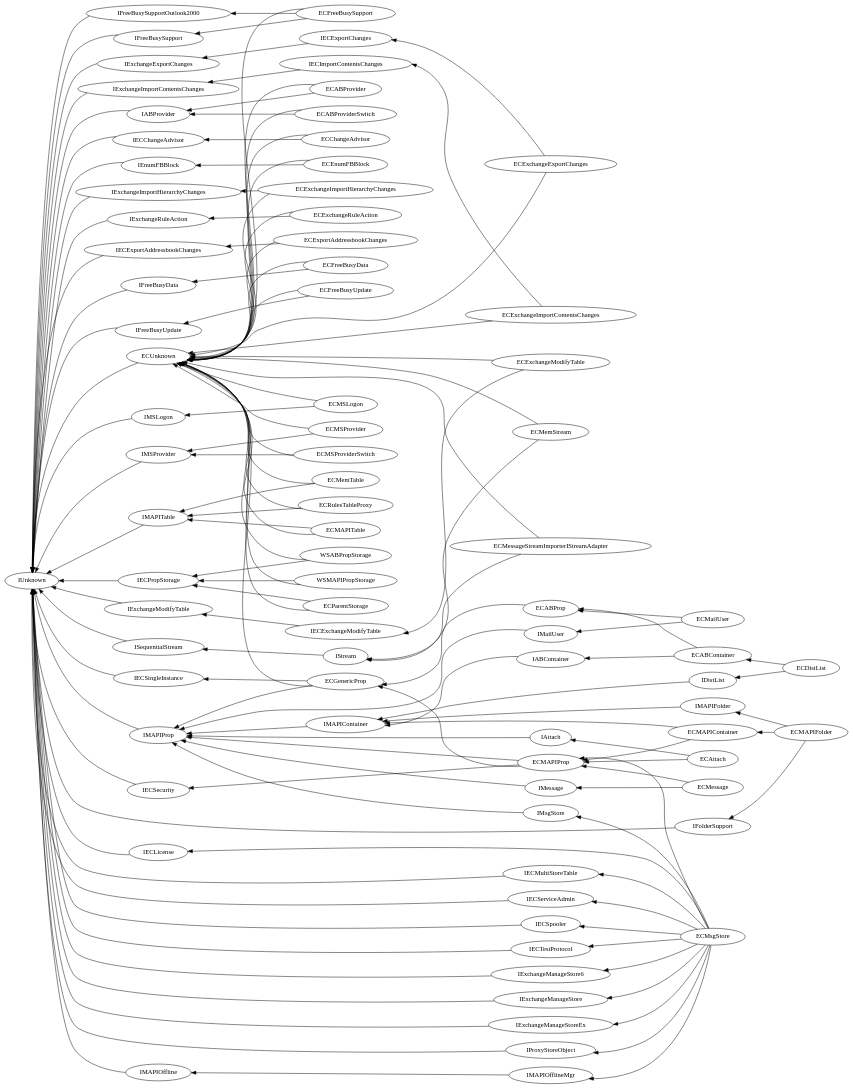
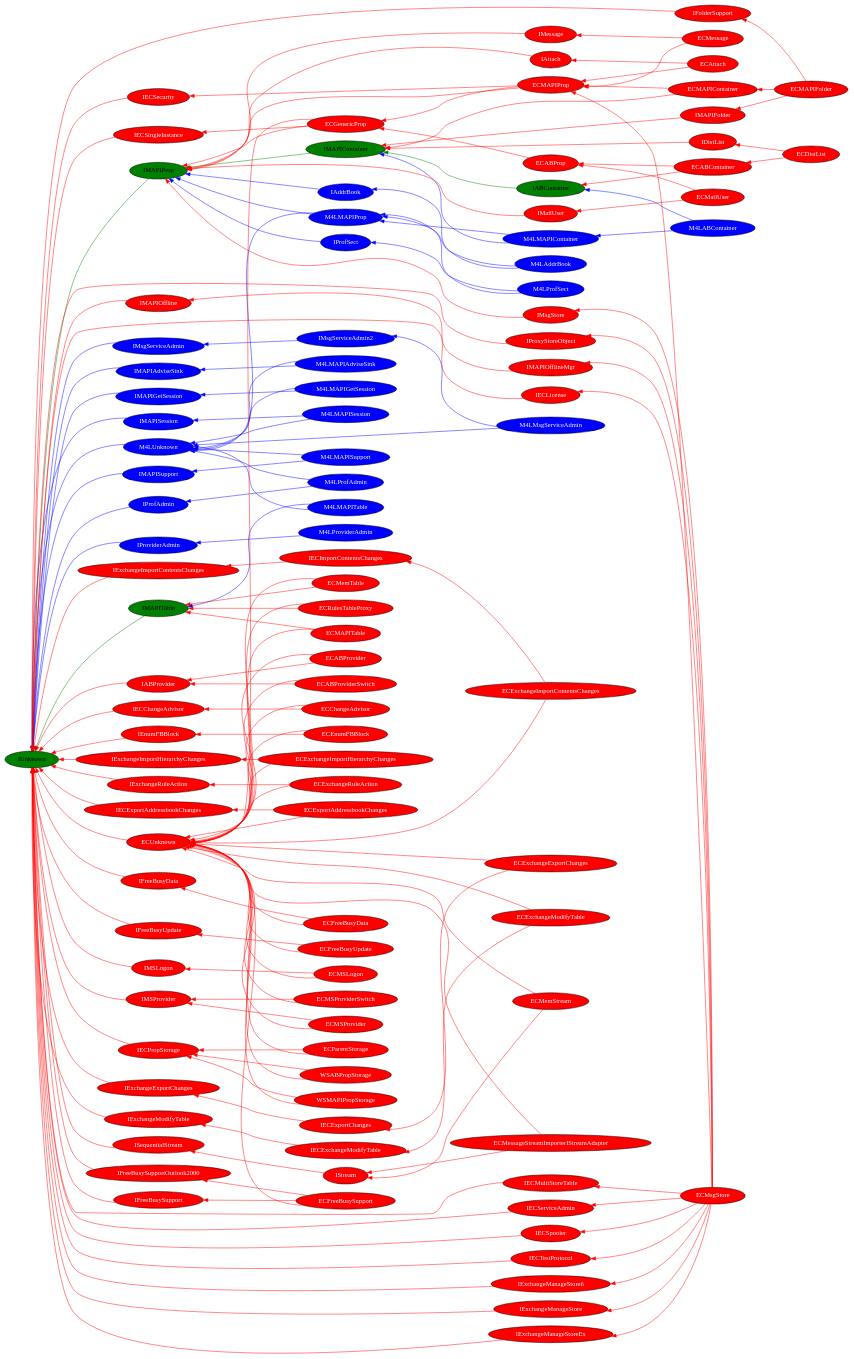
One commit to Kopano-dev/kopano-core changed the diagram in doc/classes.gv. Above: the diagram before and after it, drawn with Graphviz.

Commit message:
doc: add class hierarchy overview for mapi4linux/
Conclusion: there are no triangle inheritances in M4L.

References: KC-672

```diff
--- a/doc/classes.gv
+++ b/doc/classes.gv
@@ -1,133 +1,178 @@
 /* Interface classes used in provider/client/ */
 digraph {
 	rankdir=RL;
+	node [style=filled,fillcolor=green];
+	edge [color="#008000"];
+	IABContainer -> IMAPIContainer;
+	IMAPIContainer -> IMAPIProp;
+	IMAPIProp -> IUnknown;
+	IMAPITable -> IUnknown;
+	IUnknown;
+
+	node [fillcolor=blue,fontcolor=white];
+	edge [color=blue];
+	IAddrBook -> IMAPIProp;
+	IMAPIAdviseSink -> IUnknown;
+	IMAPIGetSession -> IUnknown;
+	IMAPISession -> IUnknown;
+	IMAPISupport -> IUnknown;
+	IMsgServiceAdmin -> IUnknown;
+	IMsgServiceAdmin2 -> IMsgServiceAdmin;
+	IProfAdmin -> IUnknown;
+	IProfSect -> IMAPIProp;
+	IProviderAdmin -> IUnknown;
+	M4LABContainer -> IABContainer;
+	M4LABContainer -> M4LMAPIContainer;
+	M4LAddrBook -> IAddrBook;
+	M4LAddrBook -> M4LMAPIProp;
+	M4LMAPIAdviseSink -> IMAPIAdviseSink;
+	M4LMAPIAdviseSink -> M4LUnknown;
+	M4LMAPIContainer -> IMAPIContainer;
+	M4LMAPIContainer -> M4LMAPIProp;
+	M4LMAPIGetSession -> IMAPIGetSession;
+	M4LMAPIGetSession -> M4LUnknown;
+	M4LMAPIProp -> IMAPIProp;
+	M4LMAPIProp -> M4LUnknown;
+	M4LMAPISession -> IMAPISession;
+	M4LMAPISession -> M4LUnknown;
+	M4LMAPISupport -> IMAPISupport;
+	M4LMAPISupport -> M4LUnknown;
+	M4LMAPITable -> IMAPITable;
+	M4LMAPITable -> M4LUnknown;
+	M4LMsgServiceAdmin -> IMsgServiceAdmin2;
+	M4LMsgServiceAdmin -> M4LUnknown;
+	M4LProfAdmin -> IProfAdmin;
+	M4LProfAdmin -> M4LUnknown;
+	M4LProfSect -> IProfSect;
+	M4LProfSect -> M4LMAPIProp;
+	M4LProviderAdmin -> IProviderAdmin;
+	M4LUnknown -> IUnknown;
+
+	node [fillcolor=red,fontcolor=white];
+	edge [color=red];
 	ECABContainer -> ECABProp;
 	ECABContainer -> IABContainer;
 	ECABProp -> ECGenericProp;
 	ECABProvider -> ECUnknown;
 	ECABProvider -> IABProvider;
 	ECABProviderSwitch -> ECUnknown;
 	ECABProviderSwitch -> IABProvider;
 	ECAttach -> ECMAPIProp;
 	ECAttach -> IAttach;
 	ECChangeAdvisor -> ECUnknown;
 	ECChangeAdvisor -> IECChangeAdvisor;
 	ECDistList -> ECABContainer;
 	ECDistList -> IDistList;
 	ECEnumFBBlock -> ECUnknown;
 	ECEnumFBBlock -> IEnumFBBlock;
 	ECExchangeExportChanges -> ECUnknown;
 	ECExchangeExportChanges -> IECExportChanges;
 	ECExchangeImportContentsChanges -> ECUnknown;
 	ECExchangeImportContentsChanges -> IECImportContentsChanges;
 	ECExchangeImportHierarchyChanges -> ECUnknown;
 	ECExchangeImportHierarchyChanges -> IExchangeImportHierarchyChanges;
 	ECExchangeModifyTable -> ECUnknown;
 	ECExchangeModifyTable -> IECExchangeModifyTable;
 	ECExchangeRuleAction -> ECUnknown;
 	ECExchangeRuleAction -> IExchangeRuleAction;
 	ECExportAddressbookChanges -> ECUnknown;
 	ECExportAddressbookChanges -> IECExportAddressbookChanges;
 	ECFreeBusyData -> ECUnknown;
 	ECFreeBusyData -> IFreeBusyData;
 	ECFreeBusySupport -> ECUnknown;
 	ECFreeBusySupport -> IFreeBusySupport;
 	ECFreeBusySupport -> IFreeBusySupportOutlook2000;
 	ECFreeBusyUpdate -> ECUnknown;
 	ECFreeBusyUpdate -> IFreeBusyUpdate;
 	ECGenericProp -> ECUnknown;
 	ECGenericProp -> IECSingleInstance;
 	ECGenericProp -> IMAPIProp;
 	ECMAPIContainer -> ECMAPIProp;
 	ECMAPIContainer -> IMAPIContainer;
 	ECMAPIFolder -> ECMAPIContainer;
 	ECMAPIFolder -> IFolderSupport;
 	ECMAPIFolder -> IMAPIFolder;
 	ECMAPIProp -> ECGenericProp;
 	ECMAPIProp -> IECSecurity;
 	ECMAPIProp -> IMAPIProp;
 	ECMAPITable -> ECUnknown;
 	ECMAPITable -> IMAPITable;
 	ECMSLogon -> ECUnknown;
 	ECMSLogon -> IMSLogon;
 	ECMSProvider -> ECUnknown;
 	ECMSProvider -> IMSProvider;
 	ECMSProviderSwitch -> ECUnknown;
 	ECMSProviderSwitch -> IMSProvider;
 	ECMailUser -> ECABProp;
 	ECMailUser -> IMailUser;
 	ECMemStream -> ECUnknown;
 	ECMemStream -> IStream;
 	ECMemTable -> ECUnknown;
 	ECMemTable -> IMAPITable;
 	ECMessage -> ECMAPIProp;
 	ECMessage -> IMessage;
 	ECMessageStreamImporterIStreamAdapter -> ECUnknown;
 	ECMessageStreamImporterIStreamAdapter -> IStream;
 	ECMsgStore -> ECMAPIProp;
 	ECMsgStore -> IECLicense;
 	ECMsgStore -> IECMultiStoreTable;
 	ECMsgStore -> IECServiceAdmin;
 	ECMsgStore -> IECSpooler;
 	ECMsgStore -> IECTestProtocol;
 	ECMsgStore -> IExchangeManageStore6;
 	ECMsgStore -> IExchangeManageStore;
 	ECMsgStore -> IExchangeManageStoreEx;
 	ECMsgStore -> IMAPIOfflineMgr;
 	ECMsgStore -> IMsgStore;
 	ECMsgStore -> IProxyStoreObject;
 	ECParentStorage -> ECUnknown;
 	ECParentStorage -> IECPropStorage;
 	ECRulesTableProxy -> ECUnknown;
 	ECRulesTableProxy -> IMAPITable;
 	ECUnknown -> IUnknown;
-	IABContainer -> IMAPIContainer;
 	IABProvider -> IUnknown;
 	IAttach -> IMAPIProp;
 	IDistList -> IMAPIContainer;
 	IECChangeAdvisor -> IUnknown;
 	IECExchangeModifyTable -> IExchangeModifyTable;
 	IECExportAddressbookChanges -> IUnknown;
 	IECExportChanges -> IExchangeExportChanges;
 	IECImportContentsChanges -> IExchangeImportContentsChanges;
 	IECLicense -> IUnknown;
 	IECMultiStoreTable -> IUnknown;
 	IECPropStorage -> IUnknown;
 	IECSecurity -> IUnknown;
 	IECServiceAdmin -> IUnknown;
 	IECSingleInstance -> IUnknown;
 	IECSpooler -> IUnknown;
 	IECTestProtocol -> IUnknown;
 	IEnumFBBlock -> IUnknown;
 	IExchangeExportChanges -> IUnknown;
 	IExchangeImportContentsChanges -> IUnknown;
 	IExchangeImportHierarchyChanges -> IUnknown;
 	IExchangeManageStore -> IUnknown;
 	IExchangeManageStore6 -> IUnknown;
 	IExchangeManageStoreEx -> IUnknown;
 	IExchangeModifyTable -> IUnknown;
 	IExchangeRuleAction -> IUnknown;
 	IFolderSupport -> IUnknown;
 	IFreeBusyData -> IUnknown;
 	IFreeBusySupport -> IUnknown;
 	IFreeBusySupportOutlook2000 -> IUnknown;
 	IFreeBusyUpdate -> IUnknown;
-	IMAPIContainer -> IMAPIProp;
 	IMAPIFolder -> IMAPIContainer;
 	IMAPIOffline -> IUnknown;
 	IMAPIOfflineMgr -> IMAPIOffline;
-	IMAPIProp -> IUnknown;
-	IMAPITable -> IUnknown;
 	IMSLogon -> IUnknown;
 	IMSProvider -> IUnknown;
 	IMailUser -> IMAPIProp;
 	IMessage -> IMAPIProp;
 	IMsgStore -> IMAPIProp;
 	IProxyStoreObject -> IUnknown;
 	ISequentialStream -> IUnknown;
 	IStream -> ISequentialStream;
 	WSABPropStorage -> ECUnknown;
 	WSABPropStorage -> IECPropStorage;
 	WSMAPIPropStorage -> ECUnknown;
 	WSMAPIPropStorage -> IECPropStorage;
 }
```
